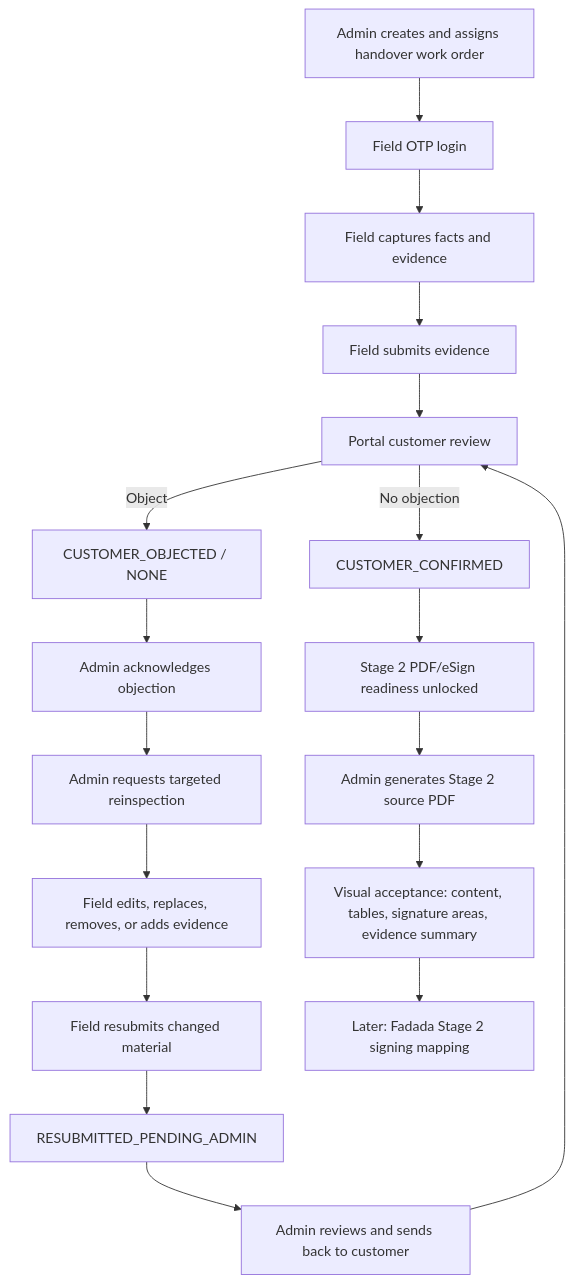
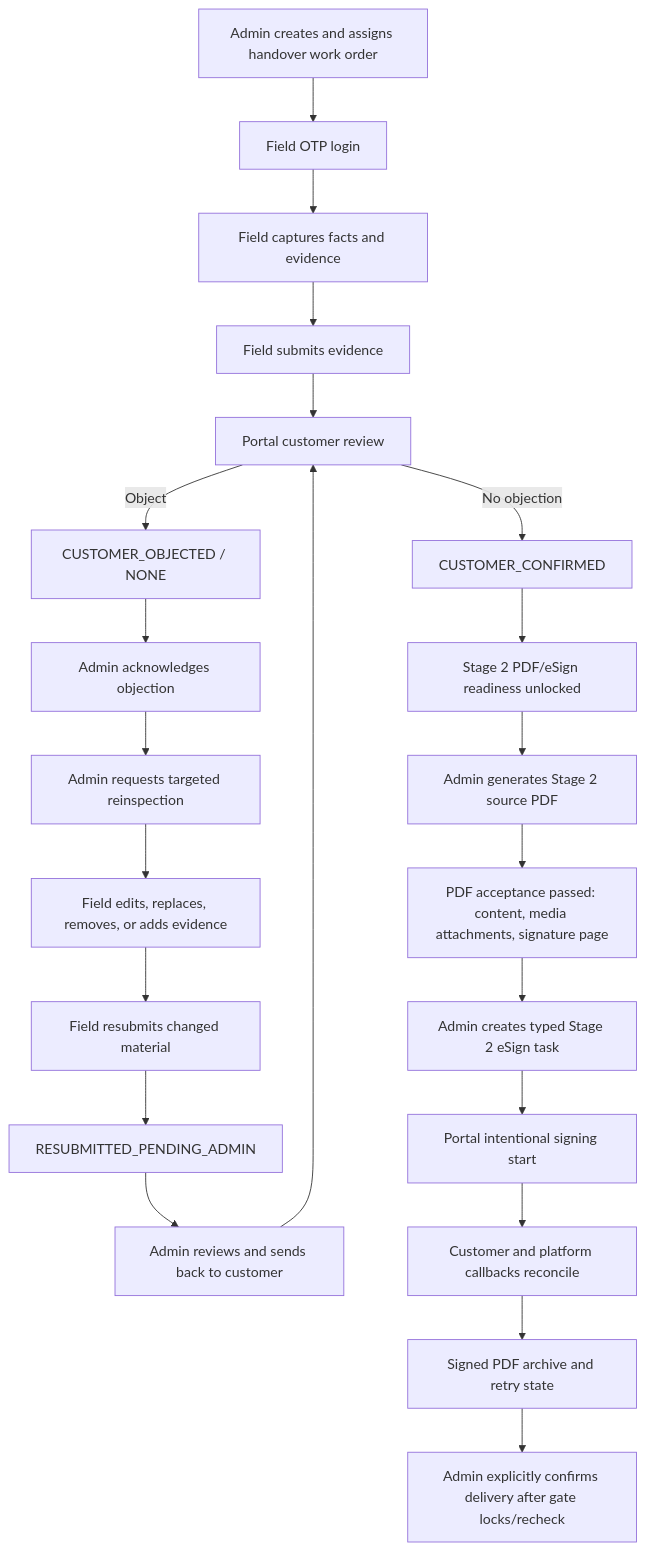
One commit to keqi119/subscription-Saas changed the diagram in docs/stage2-local-handover-e2e-runbook.md. Above: the diagram before and after it, drawn with Mermaid. The commit also changed other lines of this file and 5 other files, not shown here.

````diff
--- a/docs/stage2-local-handover-e2e-runbook.md
+++ b/docs/stage2-local-handover-e2e-runbook.md
@@ -11,20 +11,24 @@
 ```mermaid
 flowchart TD
   A["Admin creates and assigns handover work order"] --> B["Field OTP login"]
   B --> C["Field captures facts and evidence"]
   C --> D["Field submits evidence"]
   D --> E["Portal customer review"]
   E -->|No objection| F["CUSTOMER_CONFIRMED"]
   E -->|Object| G["CUSTOMER_OBJECTED / NONE"]
   G --> H["Admin acknowledges objection"]
   H --> I["Admin requests targeted reinspection"]
   I --> J["Field edits, replaces, removes, or adds evidence"]
   J --> K["Field resubmits changed material"]
   K --> L["RESUBMITTED_PENDING_ADMIN"]
   L --> M["Admin reviews and sends back to customer"]
   M --> E
   F --> N["Stage 2 PDF/eSign readiness unlocked"]
   N --> O["Admin generates Stage 2 source PDF"]
-  O --> P["Visual acceptance: content, tables, signature areas, evidence summary"]
-  P --> Q["Later: Fadada Stage 2 signing mapping"]
+  O --> P["PDF acceptance passed: content, media attachments, signature page"]
+  P --> Q["Admin creates typed Stage 2 eSign task"]
+  Q --> R["Portal intentional signing start"]
+  R --> S["Customer and platform callbacks reconcile"]
+  S --> T["Signed PDF archive and retry state"]
+  T --> U["Admin explicitly confirms delivery after gate locks/recheck"]
 ```
````
